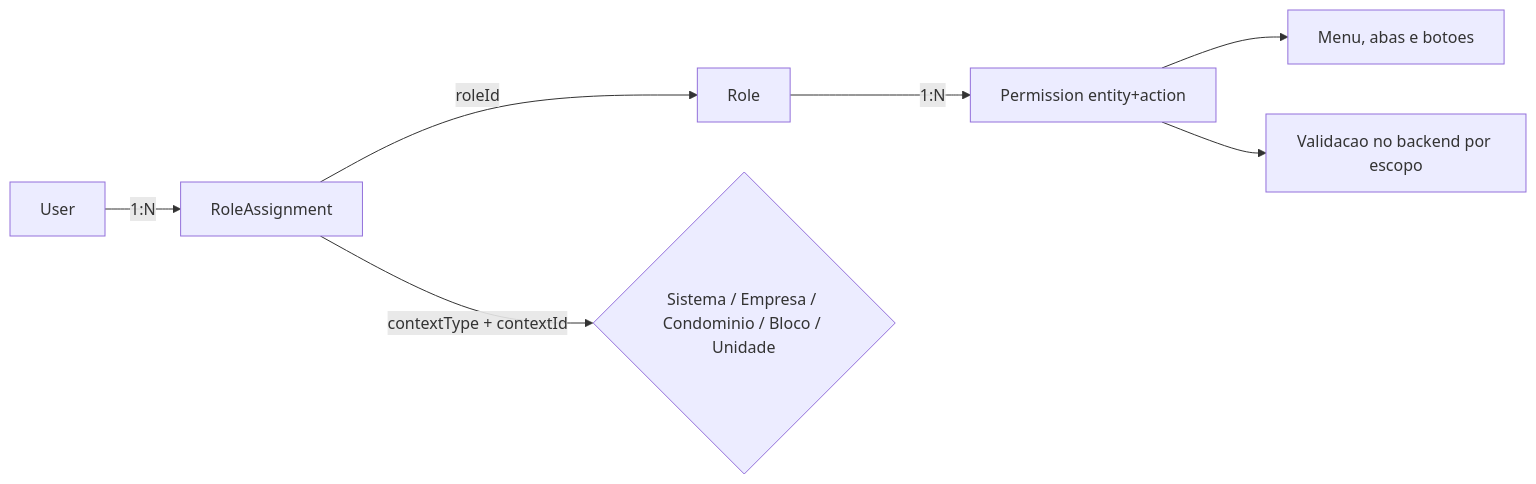
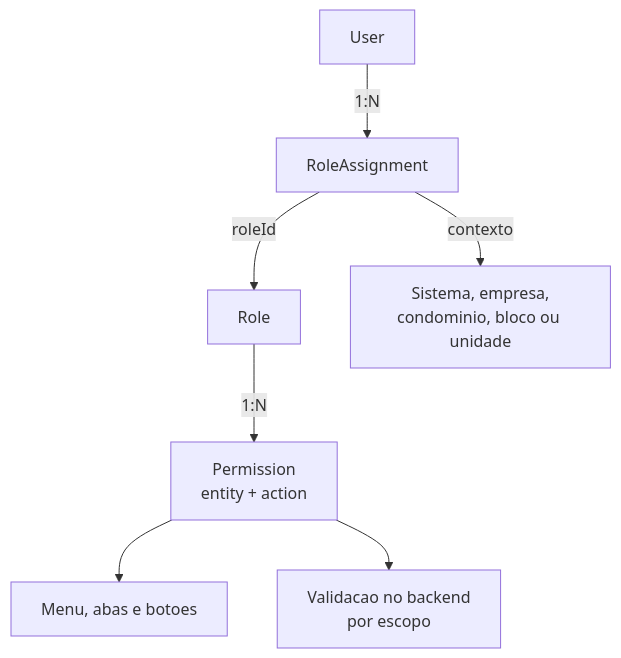
The second of 14 diagrams in docs/FLUXOGRAMA-SISTEMA.md (tiacquax-web/AcquaXcontrol), drawn with Mermaid before and after one commit. The commit also changed other lines of this file and 1 other file, not shown here.

First line of the commit message:
docs(sistema): diagramas reajustados para nao ficarem cortados

````diff
--- a/docs/FLUXOGRAMA-SISTEMA.md
+++ b/docs/FLUXOGRAMA-SISTEMA.md
@@ -99,9 +99,9 @@
 ```mermaid
-flowchart LR
+flowchart TB
   U[User] -->|1:N| RA[RoleAssignment]
   RA -->|roleId| R[Role]
-  RA -->|contextType + contextId| CTX{Sistema / Empresa / Condominio / Bloco / Unidade}
-  R -->|1:N| P[Permission entity+action]
-  P --> UI[Menu, abas e botoes]
-  P --> BE[Validacao no backend por escopo]
+  RA -->|contexto| CTX["Sistema, empresa,<br/>condominio, bloco ou unidade"]
+  R -->|1:N| P["Permission<br/>entity + action"]
+  P --> UI["Menu, abas e botoes"]
+  P --> BE["Validacao no backend<br/>por escopo"]
 ```
````
